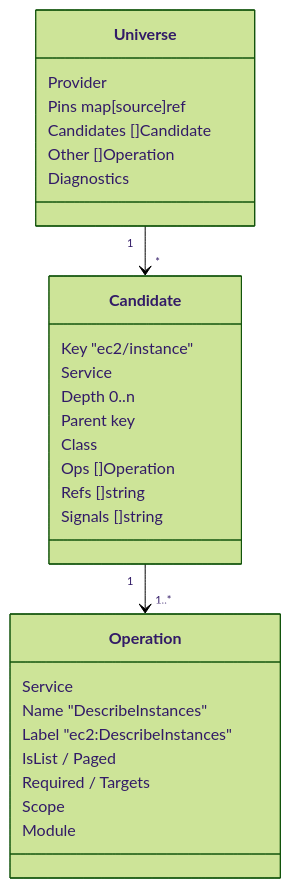
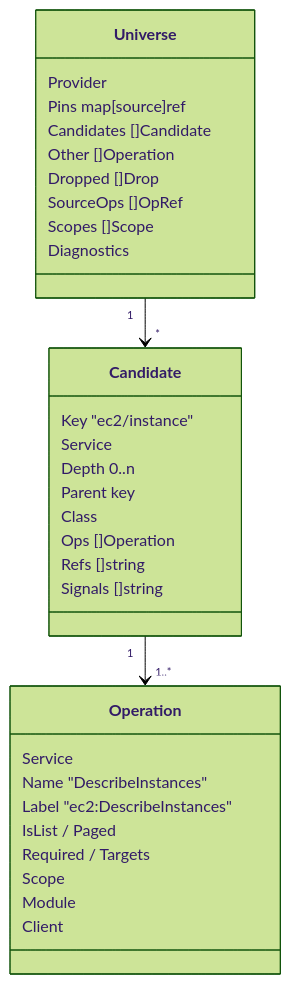
The second of 5 diagrams in internal/sdkinv/README.md (icearp/disco-cli), drawn with Mermaid (forest theme) before and after one commit. The commit also changed other lines of this file and 25 other files, not shown here.

````diff
--- a/internal/sdkinv/README.md
+++ b/internal/sdkinv/README.md
@@ -49,31 +49,35 @@
 ```mermaid
 classDiagram
     class Universe {
         Provider
         Pins map[source]ref
         Candidates []Candidate
         Other []Operation
+        Dropped []Drop
+        SourceOps []OpRef
+        Scopes []Scope
         Diagnostics
     }
     class Candidate {
         Key "ec2/instance"
         Service
         Depth 0..n
         Parent key
         Class
         Ops []Operation
         Refs []string
         Signals []string
     }
     class Operation {
         Service
         Name "DescribeInstances"
         Label "ec2:DescribeInstances"
         IsList / Paged
         Required / Targets
         Scope
         Module
+        Client
     }
     Universe "1" --> "*" Candidate
     Candidate "1" --> "1..*" Operation
 ```
````
